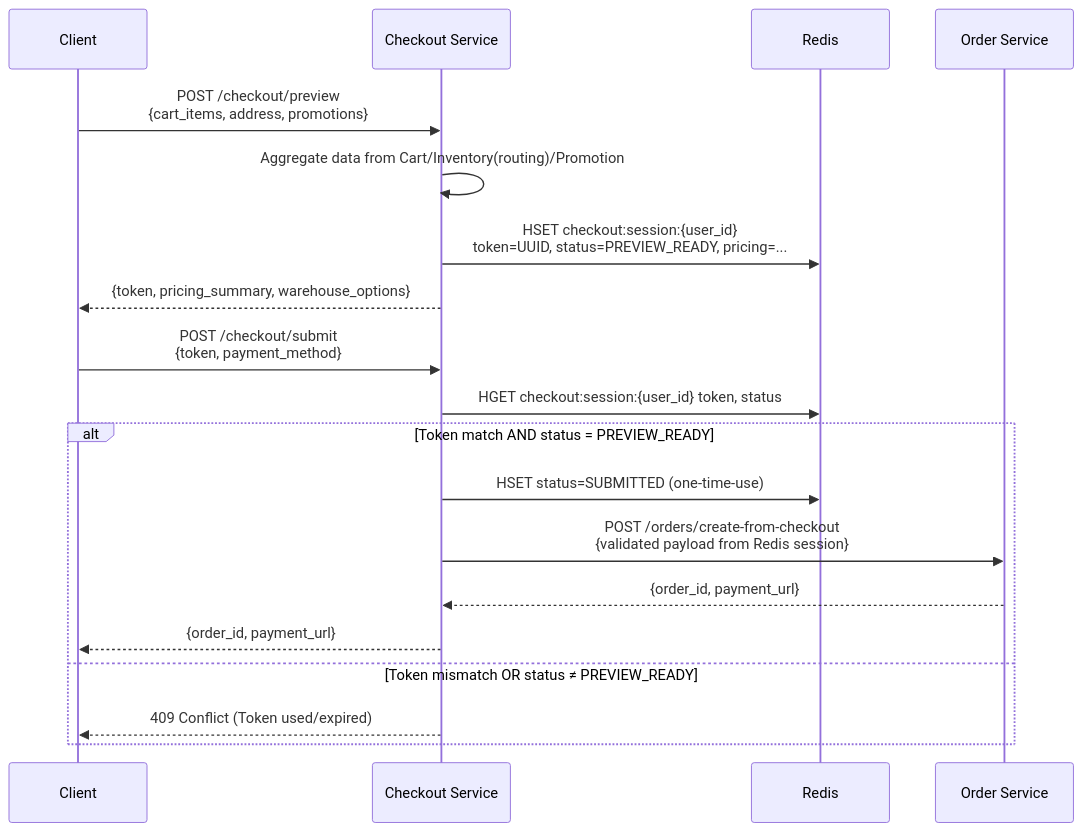
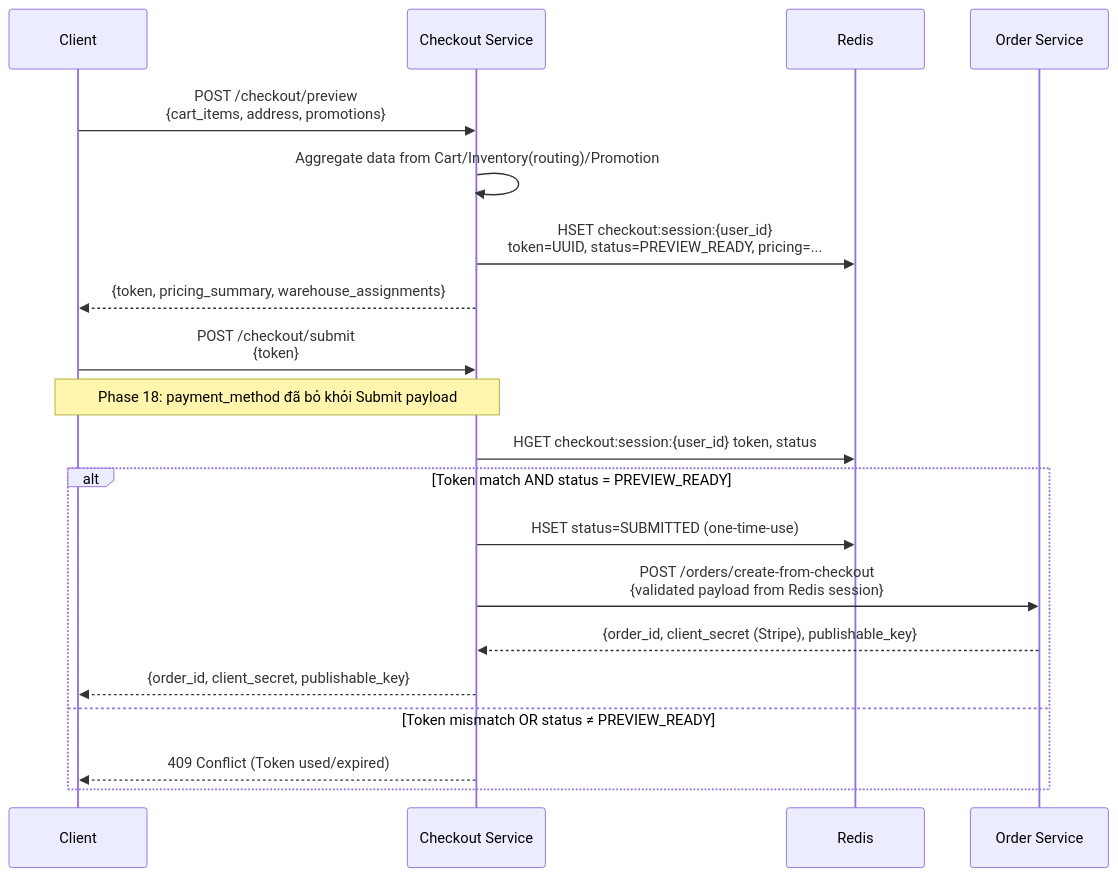
Before and after one commit to quangdung2110/e-commerce-microservices: the diagram in docs/checkout/checkout_idempotency.md, drawn with Mermaid. The commit also changed other lines of this file and 59 other files, not shown here.

````diff
--- a/docs/checkout/checkout_idempotency.md
+++ b/docs/checkout/checkout_idempotency.md
@@ -22,23 +22,24 @@
 ```mermaid
 sequenceDiagram
     participant Client
     participant CS as Checkout Service
     participant Redis
     participant OS as Order Service
 
     Client->>CS: POST /checkout/preview<br>{cart_items, address, promotions}
     CS->>CS: Aggregate data from Cart/Inventory(routing)/Promotion
     CS->>Redis: HSET checkout:session:{user_id}<br>token=UUID, status=PREVIEW_READY, pricing=...
-    CS-->>Client: {token, pricing_summary, warehouse_options}
+    CS-->>Client: {token, pricing_summary, warehouse_assignments}
 
-    Client->>CS: POST /checkout/submit<br>{token, payment_method}
+    Client->>CS: POST /checkout/submit<br>{token}
+    Note over Client,CS: Phase 18: payment_method đã bỏ khỏi Submit payload
     CS->>Redis: HGET checkout:session:{user_id} token, status
     alt Token match AND status = PREVIEW_READY
         CS->>Redis: HSET status=SUBMITTED (one-time-use)
         CS->>OS: POST /orders/create-from-checkout<br>{validated payload from Redis session}
-        OS-->>CS: {order_id, payment_url}
-        CS-->>Client: {order_id, payment_url}
+        OS-->>CS: {order_id, client_secret (Stripe), publishable_key}
+        CS-->>Client: {order_id, client_secret, publishable_key}
     else Token mismatch OR status ≠ PREVIEW_READY
         CS-->>Client: 409 Conflict (Token used/expired)
     end
 ```
````
